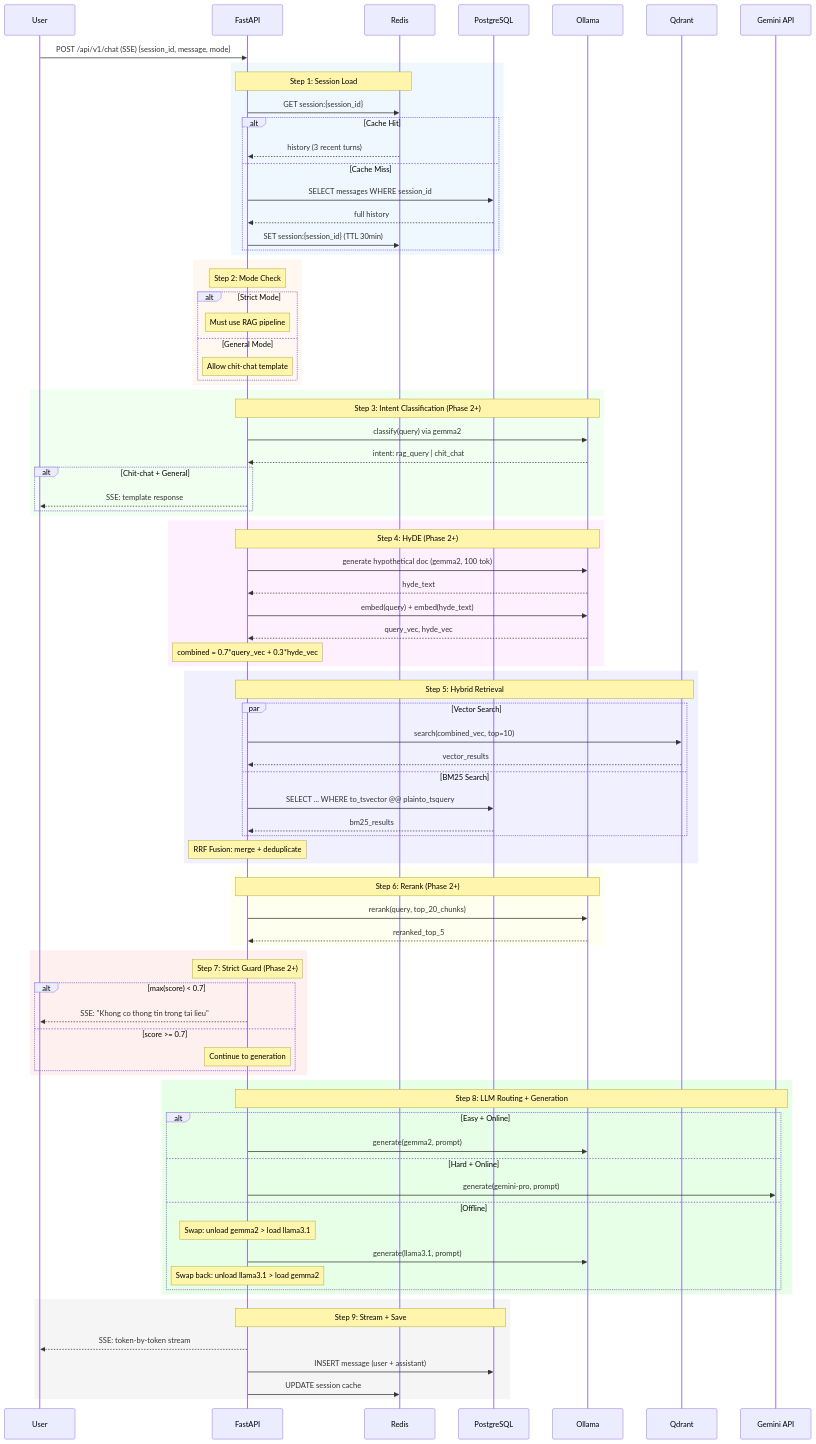
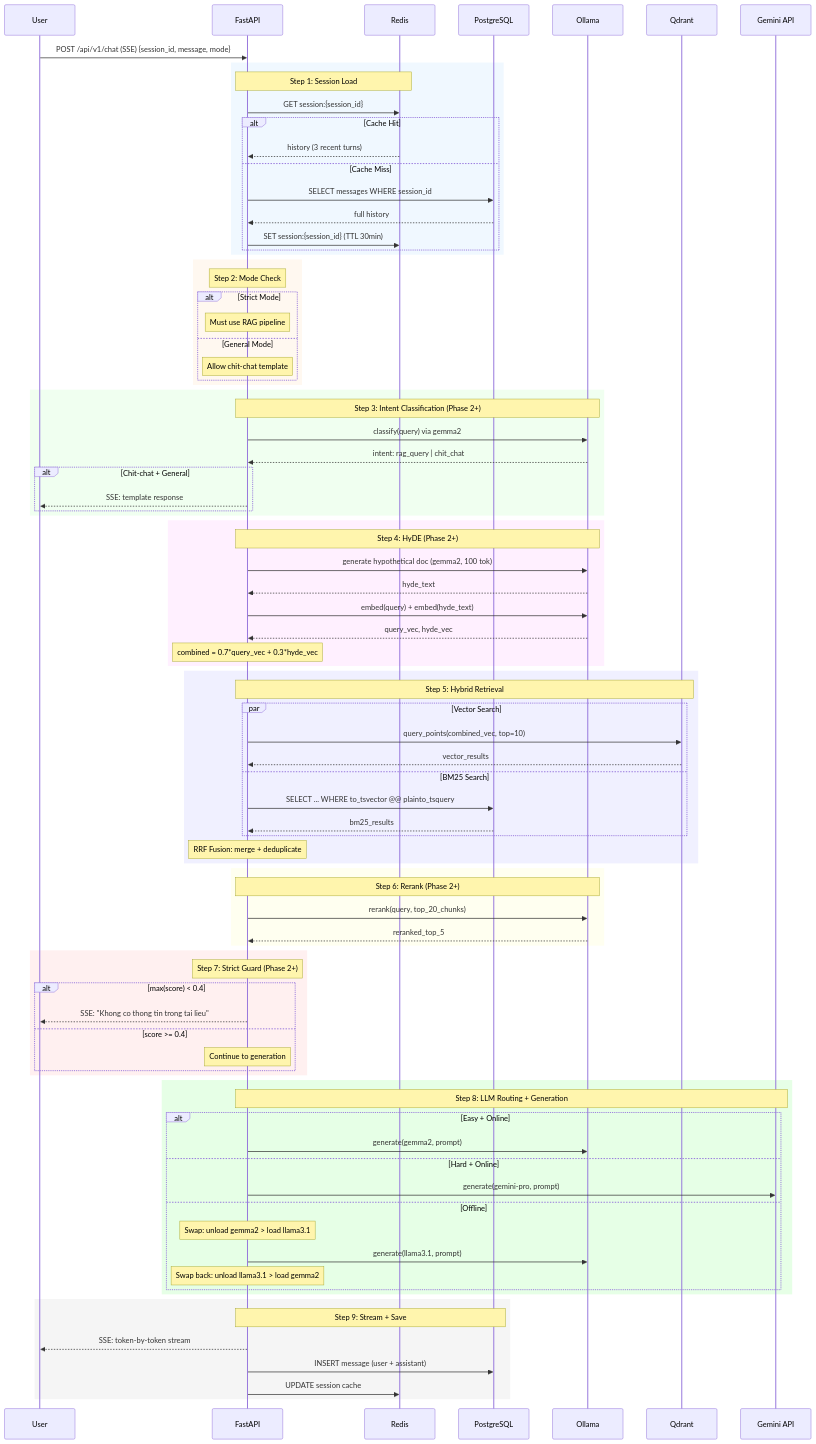
Before and after one commit to vominhnhatquang/MultiAgent_RAG: the second of 3 diagrams in docs/architecture/data-flow.md, drawn with Mermaid. The commit also changed other lines of this file and 3 other files, not shown here.

First line of the commit message:
docs: reconcile architecture docs with deployed system (v1.1)

```diff
--- a/docs/architecture/data-flow.md
+++ b/docs/architecture/data-flow.md
@@ -198,7 +199,7 @@
     rect rgb(240, 240, 255)
         Note over API,QD: Step 5: Hybrid Retrieval
         par Vector Search
-            API->>QD: search(combined_vec, top=10)
+            API->>QD: query_points(combined_vec, top=10)
             QD-->>API: vector_results
         and BM25 Search
             API->>PG: SELECT ... WHERE to_tsvector @@ plainto_tsquery
@@ -215,9 +216,9 @@
 
     rect rgb(255, 240, 240)
         Note over API: Step 7: Strict Guard (Phase 2+)
-        alt max(score) < 0.7
+        alt max(score) < 0.4
             API-->>U: SSE: "Khong co thong tin trong tai lieu"
-        else score >= 0.7
+        else score >= 0.4
             Note over API: Continue to generation
         end
     end
```
